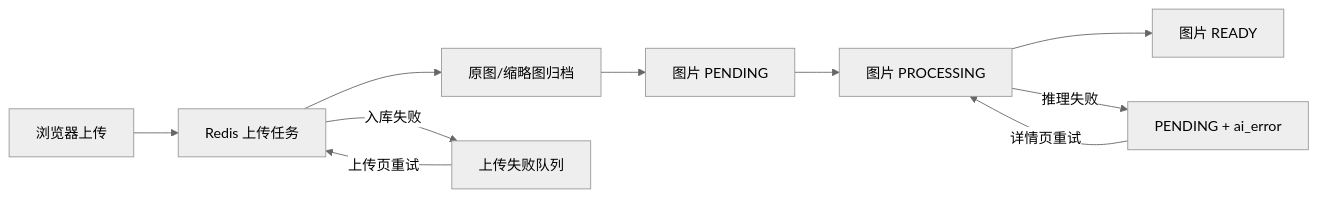
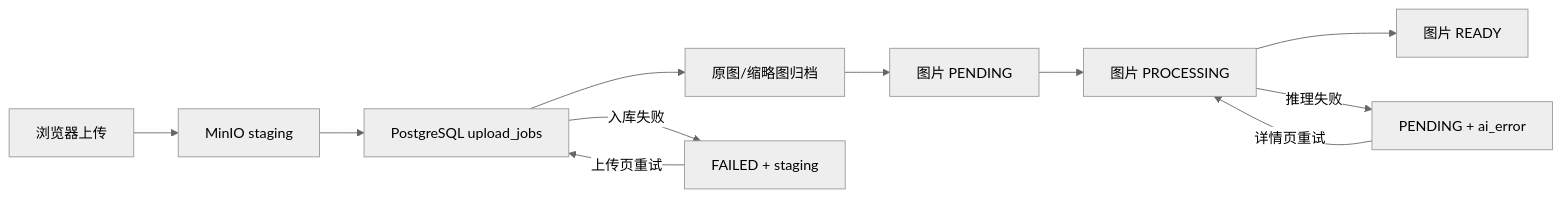
Before and after one commit to tamakara/bakabooru: the first of 4 diagrams in docs/operations.md, drawn with Mermaid (neutral theme). The commit also changed other lines of this file and 31 other files, not shown here.

````diff
--- a/docs/operations.md
+++ b/docs/operations.md
@@ -7,13 +7,14 @@
 ```mermaid
 flowchart LR
-    Upload["浏览器上传"] --> Redis["Redis 上传任务"]
-    Redis --> Archive["原图/缩略图归档"]
+    Upload["浏览器上传"] --> Staging["MinIO staging"]
+    Staging --> Jobs["PostgreSQL upload_jobs"]
+    Jobs --> Archive["原图/缩略图归档"]
     Archive --> Pending["图片 PENDING"]
     Pending --> Processing["图片 PROCESSING"]
     Processing --> Ready["图片 READY"]
 
-    Redis -->|"入库失败"| UploadFailed["上传失败队列"]
+    Jobs -->|"入库失败"| UploadFailed["FAILED + staging"]
     Processing -->|"推理失败"| AiFailed["PENDING + ai_error"]
-    UploadFailed -->|"上传页重试"| Redis
+    UploadFailed -->|"上传页重试"| Jobs
     AiFailed -->|"详情页重试"| Processing
 ```
````
